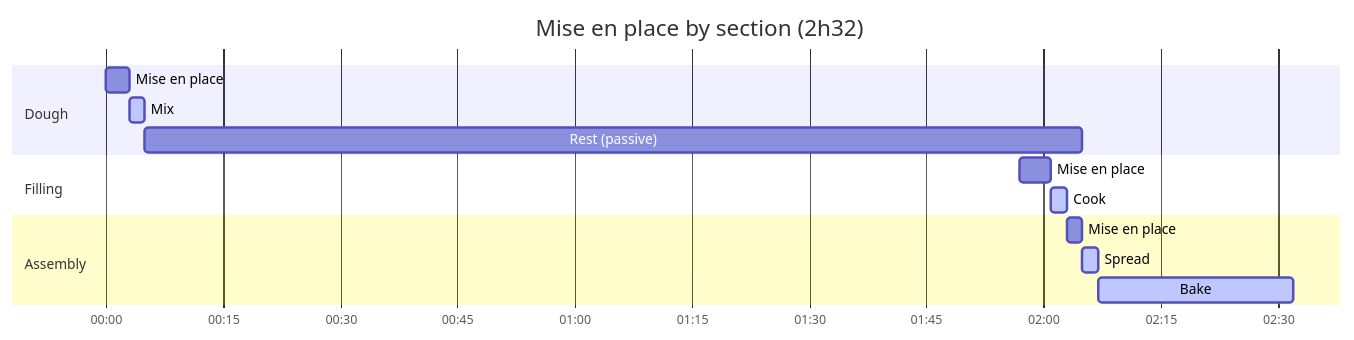
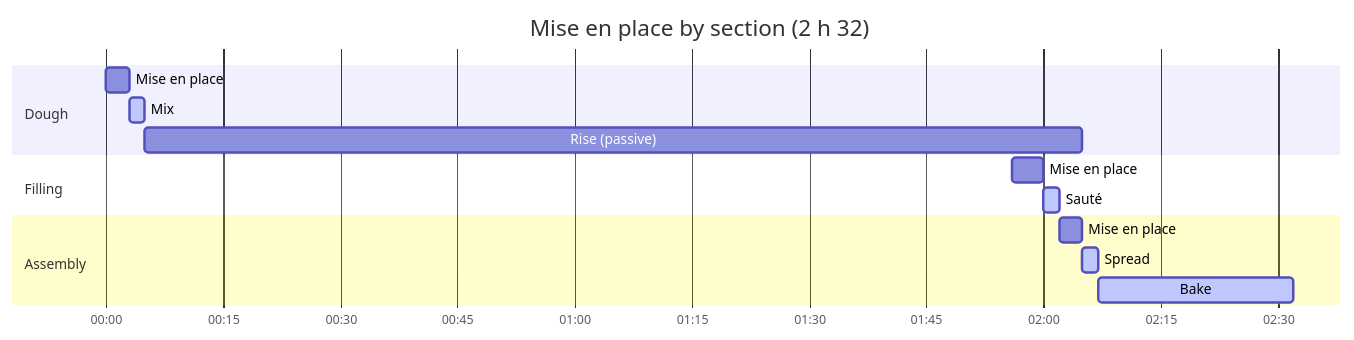
The third of 5 diagrams in packages/docs/src/content/docs/docs/explanation/alap-scheduling.mdx (gram-lang/gram), drawn with Mermaid before and after one commit. The commit also changed other lines of this file and 126 other files, not shown here.

````diff
--- a/packages/docs/src/content/docs/docs/explanation/alap-scheduling.mdx
+++ b/packages/docs/src/content/docs/docs/explanation/alap-scheduling.mdx
@@ -100,18 +101,18 @@
 ```mermaid
 gantt
-    title Mise en place by section (2h32)
+    title Mise en place by section (2 h 32)
     dateFormat  HH:mm
     axisFormat %H:%M
     todayMarker off
     section Dough
     Mise en place                     : p1, 00:00, 3m
     Mix                               : active, a1, 00:03, 2m
-    Rest (passive)                    : r1, 00:05, 120m
+    Rise (passive)                    : r1, 00:05, 120m
     section Filling
-    Mise en place                     : p2, 01:57, 4m
-    Cook                              : active, a2, 02:01, 2m
+    Mise en place                     : p2, 01:56, 4m
+    Sauté                             : active, a2, 02:00, 2m
     section Assembly
-    Mise en place                     : p3, 02:03, 2m
+    Mise en place                     : p3, 02:02, 3m
     Spread                            : active, a3, 02:05, 2m
     Bake                              : active, a4, 02:07, 25m
 ```
````
